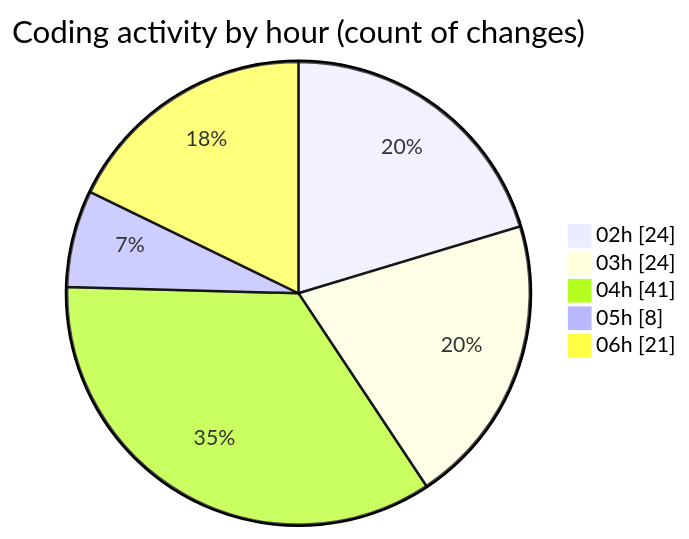
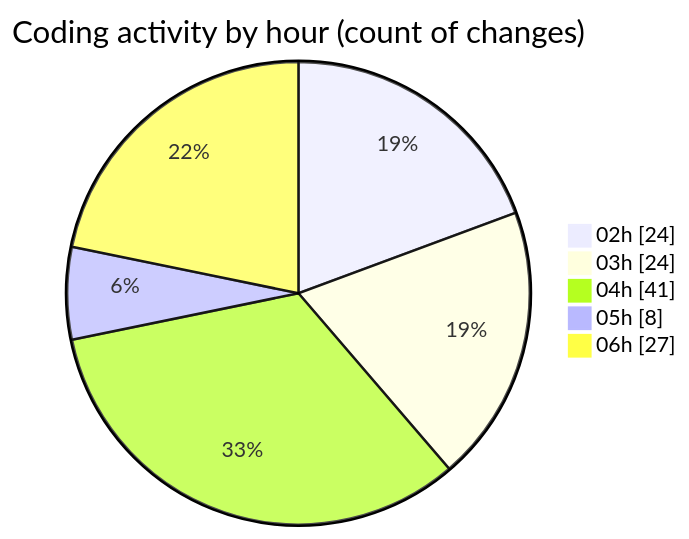
Before and after one commit to lephambinh05/code-tracking: the second of 2 diagrams in 2025-07-23/quanlyrapchieuphim/README.md, drawn with Mermaid. The commit also changed other lines of this file and 1 other file, not shown here.

````diff
--- a/2025-07-23/quanlyrapchieuphim/README.md
+++ b/2025-07-23/quanlyrapchieuphim/README.md
@@ -40,9 +40,9 @@
 ```mermaid
 pie showData
 title Coding activity by hour (count of changes)
 "02h" : 24
 "03h" : 24
 "04h" : 41
 "05h" : 8
-"06h" : 21
+"06h" : 27
 ```
````
